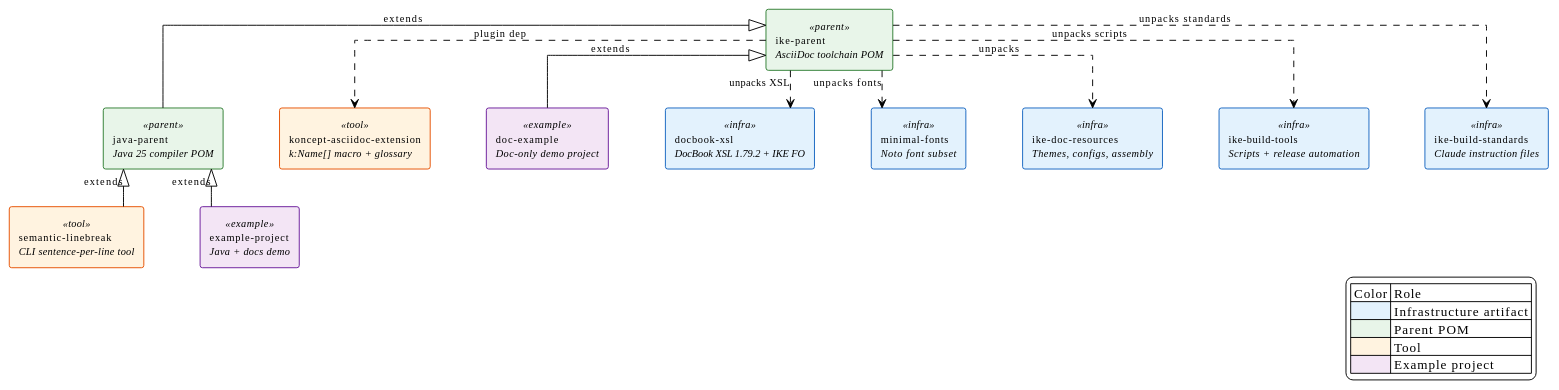
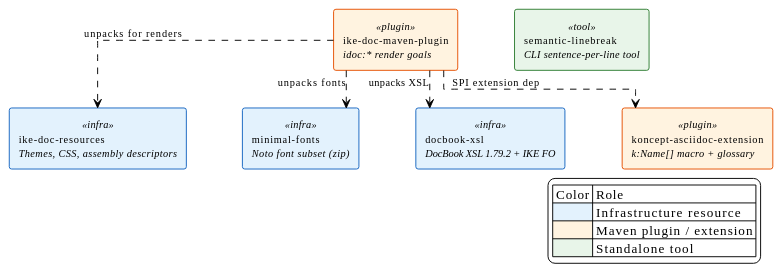
The first of 2 diagrams in src/site/asciidoc/index.adoc (IKE-Network/ike-docs), drawn with PlantUML before and after one commit. The commit also changed other lines of this file and 3 other files, not shown here.

```diff
--- a/src/site/asciidoc/index.adoc
+++ b/src/site/asciidoc/index.adoc
@@ -25,62 +26,42 @@
 [plantuml,module-architecture,svg]
 ----
 @startuml
 !theme plain
 skinparam linetype ortho
 skinparam nodesep 60
 skinparam ranksep 40
 skinparam packageStyle rectangle
 skinparam defaultFontSize 11
 
 skinparam rectangle {
     BackgroundColor<<infra>> #E3F2FD
     BorderColor<<infra>> #1565C0
-    BackgroundColor<<parent>> #E8F5E9
-    BorderColor<<parent>> #2E7D32
-    BackgroundColor<<tool>> #FFF3E0
-    BorderColor<<tool>> #E65100
-    BackgroundColor<<example>> #F3E5F5
-    BorderColor<<example>> #6A1B9A
+    BackgroundColor<<plugin>> #FFF3E0
+    BorderColor<<plugin>> #E65100
+    BackgroundColor<<tool>> #E8F5E9
+    BorderColor<<tool>> #2E7D32
 }
 
-together {
-    rectangle "ike-build-standards\n//Claude instruction files//" <<infra>> as BS
-    rectangle "ike-build-tools\n//Scripts + release automation//" <<infra>> as BT
-    rectangle "ike-doc-resources\n//Themes, configs, assembly//" <<infra>> as DR
-    rectangle "minimal-fonts\n//Noto font subset//" <<infra>> as MF
-    rectangle "docbook-xsl\n//DocBook XSL 1.79.2 + IKE FO//" <<infra>> as DX
-}
+rectangle "ike-doc-resources\n//Themes, CSS, assembly descriptors//" <<infra>> as DR
+rectangle "minimal-fonts\n//Noto font subset (zip)//" <<infra>> as MF
+rectangle "docbook-xsl\n//DocBook XSL 1.79.2 + IKE FO//" <<infra>> as DX
 
-rectangle "koncept-asciidoc-extension\n//k:Name[] macro + glossary//" <<tool>> as KE
+rectangle "koncept-asciidoc-extension\n//k:Name[] macro + glossary//" <<plugin>> as KE
+rectangle "ike-doc-maven-plugin\n//idoc:* render goals//" <<plugin>> as DP
+
 rectangle "semantic-linebreak\n//CLI sentence-per-line tool//" <<tool>> as SL
 
-rectangle "ike-parent\n//AsciiDoc toolchain POM//" <<parent>> as IP
-rectangle "java-parent\n//Java 25 compiler POM//" <<parent>> as JP
-
-rectangle "doc-example\n//Doc-only demo project//" <<example>> as DE
-rectangle "example-project\n//Java + docs demo//" <<example>> as EP
-
-' Parent chain
-JP -up-|> IP : extends
-DE -up-|> IP : extends
-EP -up-|> JP : extends
-SL -up-|> JP : extends
-
-' Artifact consumption (dashed)
-IP ..> DR : unpacks
-IP ..> MF : unpacks fonts
-IP ..> DX : unpacks XSL
-IP ..> KE : plugin dep
-IP ..> BS : unpacks standards
-IP ..> BT : unpacks scripts
+DP ..> KE : SPI extension dep
+DP ..> DR : unpacks for renders
+DP ..> MF : unpacks fonts
+DP ..> DX : unpacks XSL
 
 legend right
   | Color | Role |
-  |<#E3F2FD>| Infrastructure artifact |
-  |<#E8F5E9>| Parent POM |
-  |<#FFF3E0>| Tool |
-  |<#F3E5F5>| Example project |
+  |<#E3F2FD>| Infrastructure resource |
+  |<#FFF3E0>| Maven plugin / extension |
+  |<#E8F5E9>| Standalone tool |
 endlegend
 
 @enduml
 ----
```
